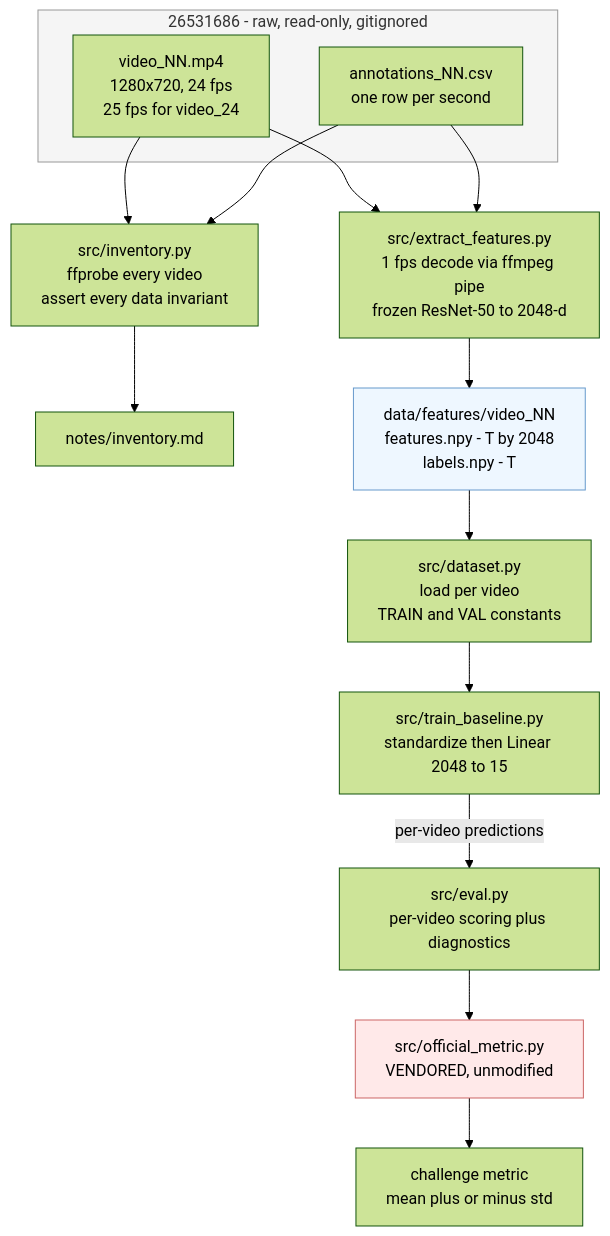
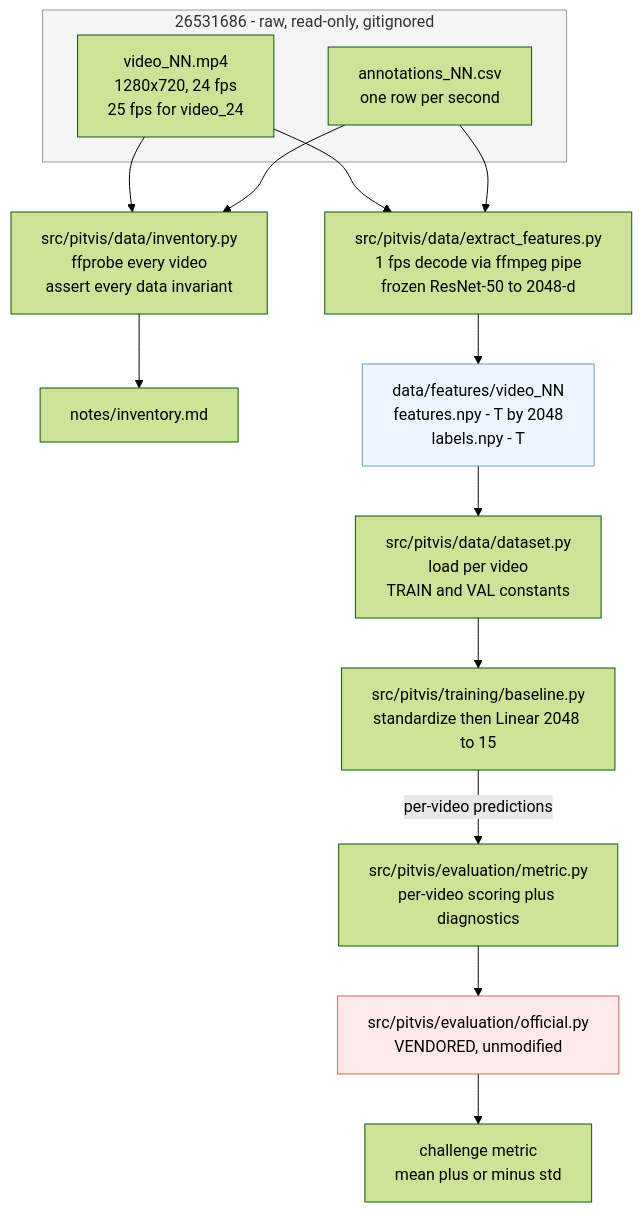
The first of 3 diagrams in notes/walkthrough.md (wylliamunlimited/pitvis-phase-recognition), drawn with Mermaid (forest theme) before and after one commit. The commit also changed other lines of this file and 24 other files, not shown here.

First line of the commit message:
refactor: restructure src/ into the pitvis package

````diff
--- a/notes/walkthrough.md
+++ b/notes/walkthrough.md
@@ -294,35 +294,35 @@
 ```mermaid
 flowchart TD
     subgraph raw["26531686 - raw, read-only, gitignored"]
         V["video_NN.mp4<br/>1280x720, 24 fps<br/>25 fps for video_24"]
         A["annotations_NN.csv<br/>one row per second"]
     end
 
-    INV["src/inventory.py<br/>ffprobe every video<br/>assert every data invariant"]
+    INV["src/pitvis/data/inventory.py<br/>ffprobe every video<br/>assert every data invariant"]
     NOTES["notes/inventory.md"]
 
-    EX["src/extract_features.py<br/>1 fps decode via ffmpeg pipe<br/>frozen ResNet-50 to 2048-d"]
+    EX["src/pitvis/data/extract_features.py<br/>1 fps decode via ffmpeg pipe<br/>frozen ResNet-50 to 2048-d"]
     FEAT["data/features/video_NN<br/>features.npy - T by 2048<br/>labels.npy - T"]
 
-    DS["src/dataset.py<br/>load per video<br/>TRAIN and VAL constants"]
-    TR["src/train_baseline.py<br/>standardize then Linear 2048 to 15"]
-    EV["src/eval.py<br/>per-video scoring plus diagnostics"]
-    OM["src/official_metric.py<br/>VENDORED, unmodified"]
+    DS["src/pitvis/data/dataset.py<br/>load per video<br/>TRAIN and VAL constants"]
+    TR["src/pitvis/training/baseline.py<br/>standardize then Linear 2048 to 15"]
+    EV["src/pitvis/evaluation/metric.py<br/>per-video scoring plus diagnostics"]
+    OM["src/pitvis/evaluation/official.py<br/>VENDORED, unmodified"]
     OUT["challenge metric<br/>mean plus or minus std"]
 
     V --> INV
     A --> INV
     INV --> NOTES
     V --> EX
     A --> EX
     EX --> FEAT
     FEAT --> DS
     DS --> TR
     TR -->|per-video predictions| EV
     EV --> OM
     OM --> OUT
 
     style raw fill:#f5f5f5,stroke:#999
     style OM fill:#ffe9e9,stroke:#c66
     style FEAT fill:#eef7ff,stroke:#69c
 ```
````
